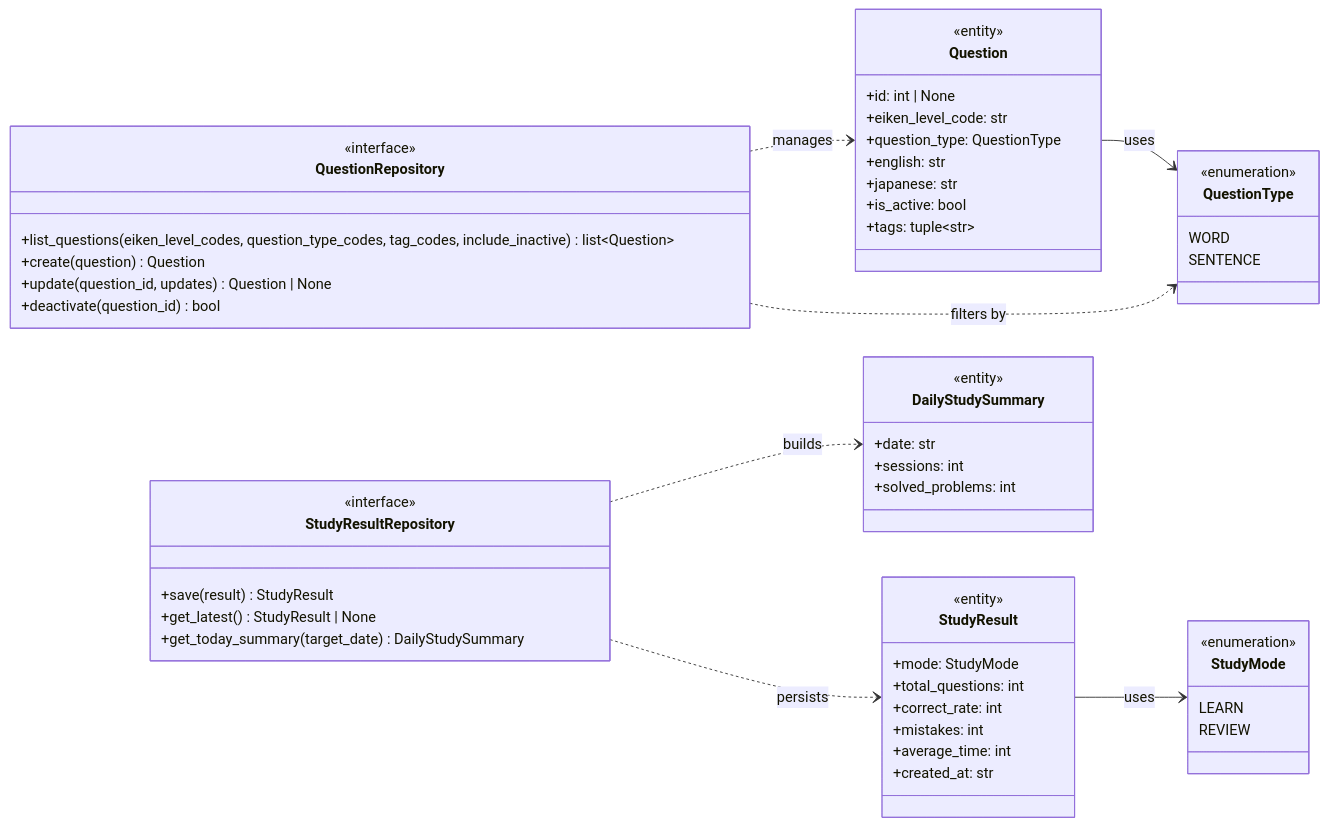
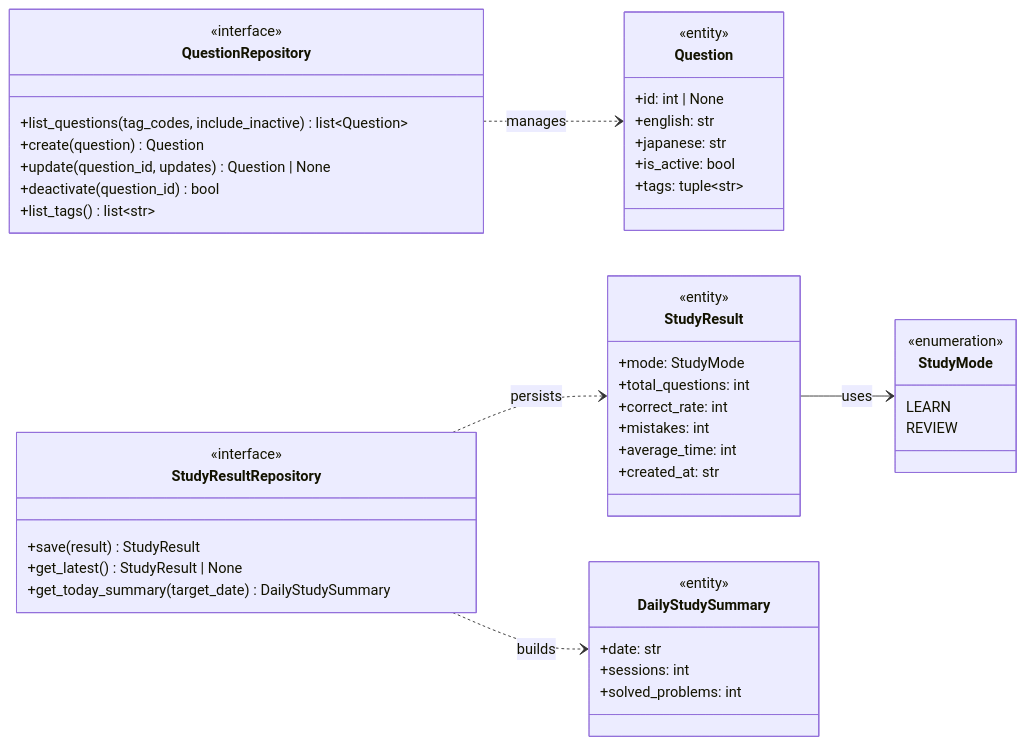
The diagram in docs/domain-model.md (tokitaku/typing-app), drawn with Mermaid before and after one commit. The commit also changed other lines of this file and 1 other file, not shown here.

Commit message:
Update documentation to reflect tag-based system
Agent-Logs-Url: https://github.com/tokitaku/typing-app/sessions/d9f4f951-eb6c-400d-ad67-1853fb32f2e1

````diff
--- a/docs/domain-model.md
+++ b/docs/domain-model.md
@@ -5,66 +5,57 @@
 ```mermaid
 classDiagram
     direction LR
 
     class StudyMode {
         <<enumeration>>
         LEARN
         REVIEW
     }
 
-    class QuestionType {
-        <<enumeration>>
-        WORD
-        SENTENCE
-    }
-
     class Question {
         <<entity>>
         +id: int | None
-        +eiken_level_code: str
-        +question_type: QuestionType
         +english: str
         +japanese: str
         +is_active: bool
         +tags: tuple~str~
     }
 
     class StudyResult {
         <<entity>>
         +mode: StudyMode
         +total_questions: int
         +correct_rate: int
         +mistakes: int
         +average_time: int
         +created_at: str
     }
 
     class DailyStudySummary {
         <<entity>>
         +date: str
         +sessions: int
         +solved_problems: int
     }
 
     class QuestionRepository {
         <<interface>>
-        +list_questions(eiken_level_codes, question_type_codes, tag_codes, include_inactive) list~Question~
+        +list_questions(tag_codes, include_inactive) list~Question~
         +create(question) Question
         +update(question_id, updates) Question | None
         +deactivate(question_id) bool
+        +list_tags() list~str~
     }
 
     class StudyResultRepository {
         <<interface>>
         +save(result) StudyResult
         +get_latest() StudyResult | None
         +get_today_summary(target_date) DailyStudySummary
     }
 
-    Question --> QuestionType : uses
     StudyResult --> StudyMode : uses
     QuestionRepository ..> Question : manages
-    QuestionRepository ..> QuestionType : filters by
     StudyResultRepository ..> StudyResult : persists
     StudyResultRepository ..> DailyStudySummary : builds
 ```
````
